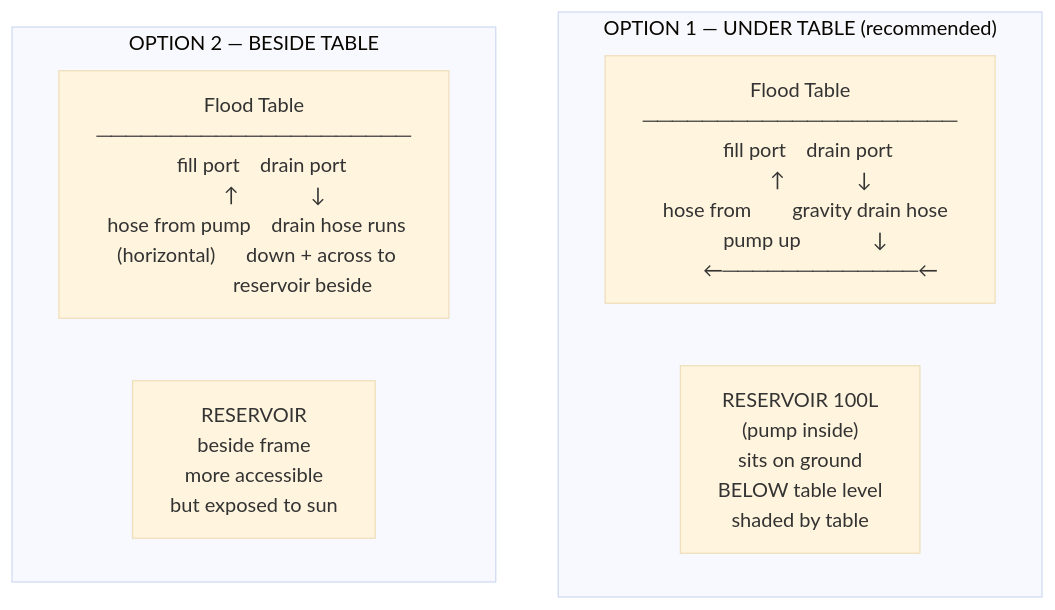
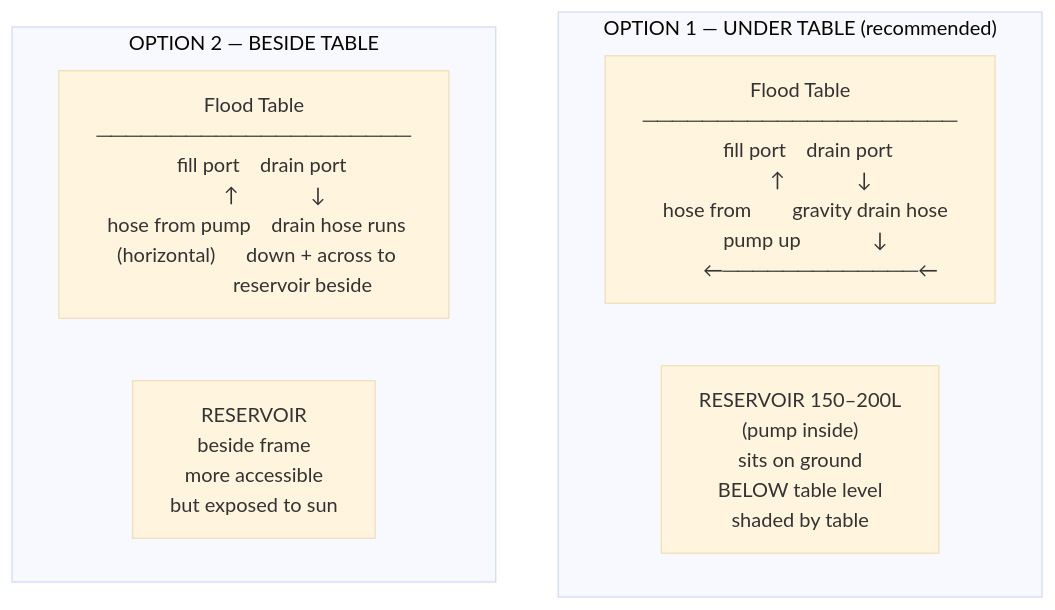
One commit to UncleJS/guide_hydroponics changed the fifth of 8 diagrams in guide/ebb-and-flow/11-build-guide.md. Above: the diagram before and after it, drawn with Mermaid (base theme). The commit also changed other lines of this file and 22 other files, not shown here.

````diff
--- a/guide/ebb-and-flow/11-build-guide.md
+++ b/guide/ebb-and-flow/11-build-guide.md
@@ -388,11 +392,11 @@
 ```mermaid
 flowchart TD
     subgraph under["OPTION 1 — UNDER TABLE (recommended)"]
         T_u["Flood Table<br/>─────────────────────<br/>   fill port    drain port<br/>        ↑              ↓<br/>  hose from        gravity drain hose<br/>  pump up              ↓<br/>        ←─────────────←"]
-        R_u["RESERVOIR 100L<br/>  (pump inside)<br/>  sits on ground<br/>  BELOW table level<br/>  shaded by table"]
+        R_u["RESERVOIR 150–200L<br/>  (pump inside)<br/>  sits on ground<br/>  BELOW table level<br/>  shaded by table"]
     end
     subgraph beside["OPTION 2 — BESIDE TABLE"]
         T_b["Flood Table<br/>─────────────────────<br/>   fill port    drain port<br/>        ↑              ↓<br/> hose from pump    drain hose runs<br/> (horizontal)      down + across to<br/>                   reservoir beside"]
         R_b["RESERVOIR<br/>  beside frame<br/>  more accessible<br/>  but exposed to sun"]
     end
 ```
````
